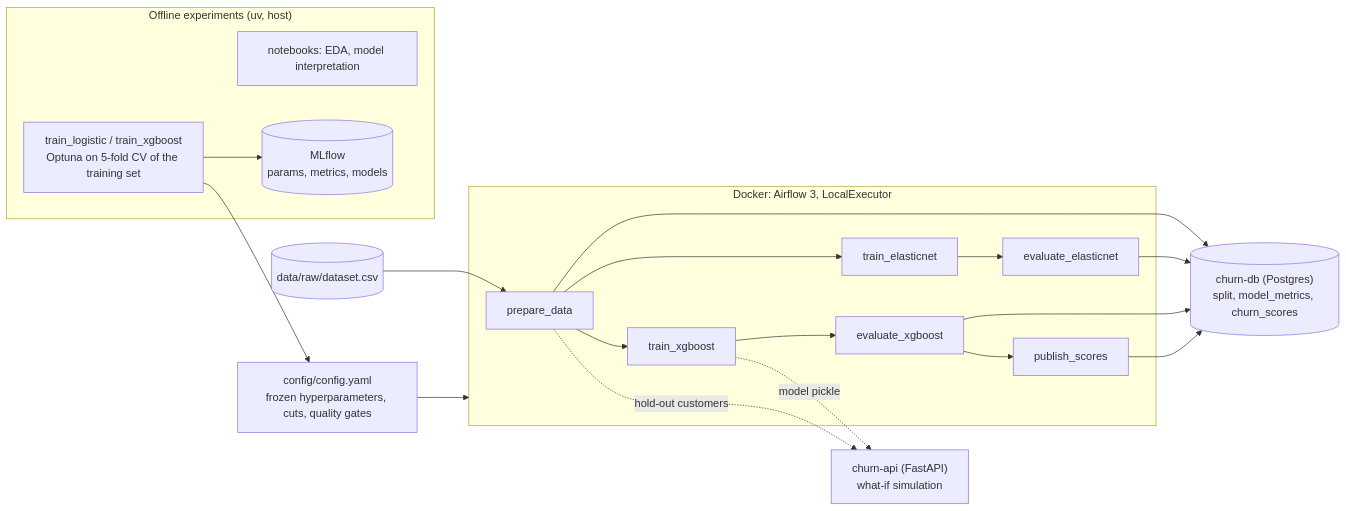
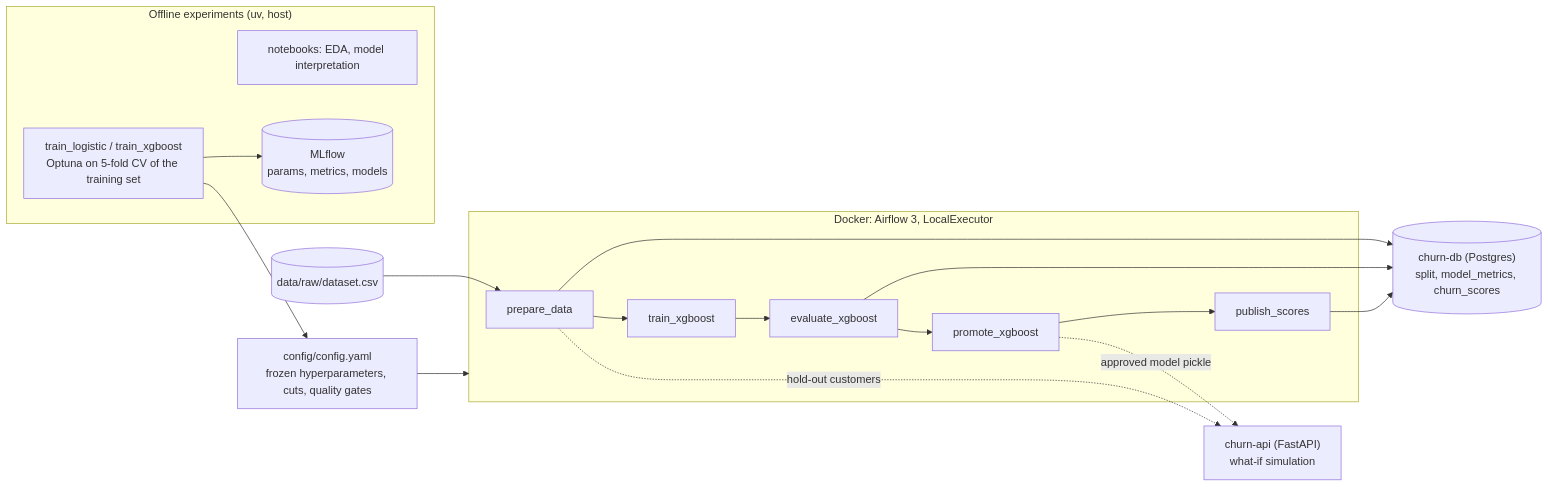
One commit to mmazzini01/SDG_churn_tech_test changed the diagram in README.md. Above: the diagram before and after it, drawn with Mermaid. The commit also changed other lines of this file and 5 other files, not shown here.

Commit message:
Refactor churn pipeline to promote XGBoost candidates and update documentation

````diff
--- a/README.md
+++ b/README.md
@@ -28,25 +28,23 @@
 ```mermaid
 flowchart LR
     subgraph offline["Offline experiments (uv, host)"]
         NB["notebooks: EDA, model interpretation"]
         TR["train_logistic / train_xgboost<br/>Optuna on 5-fold CV of the training set"]
         MLF[("MLflow<br/>params, metrics, models")]
         TR --> MLF
     end
     CFG["config/config.yaml<br/>frozen hyperparameters, cuts, quality gates"]
     TR --> CFG
     subgraph docker["Docker: Airflow 3, LocalExecutor"]
-        P[prepare_data] --> TE[train_elasticnet] --> EE[evaluate_elasticnet]
-        P --> TX[train_xgboost] --> EX[evaluate_xgboost] --> PS[publish_scores]
+        P[prepare_data] --> TX[train_xgboost] --> EX[evaluate_xgboost] --> PR[promote_xgboost] --> PS[publish_scores]
     end
     CSV[("data/raw/dataset.csv")] --> P
     CFG --> docker
     DB[("churn-db (Postgres)<br/>split, model_metrics, churn_scores")]
     P --> DB
-    EE --> DB
     EX --> DB
     PS --> DB
     API["churn-api (FastAPI)<br/>what-if simulation"]
-    TX -. model pickle .-> API
+    PR -. approved model pickle .-> API
     P -. hold-out customers .-> API
 ```
````
